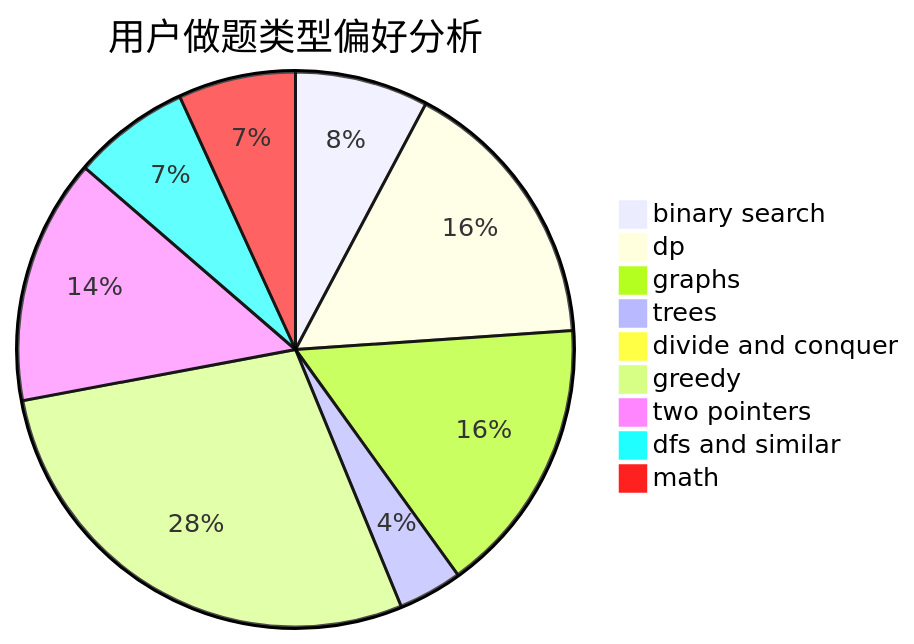
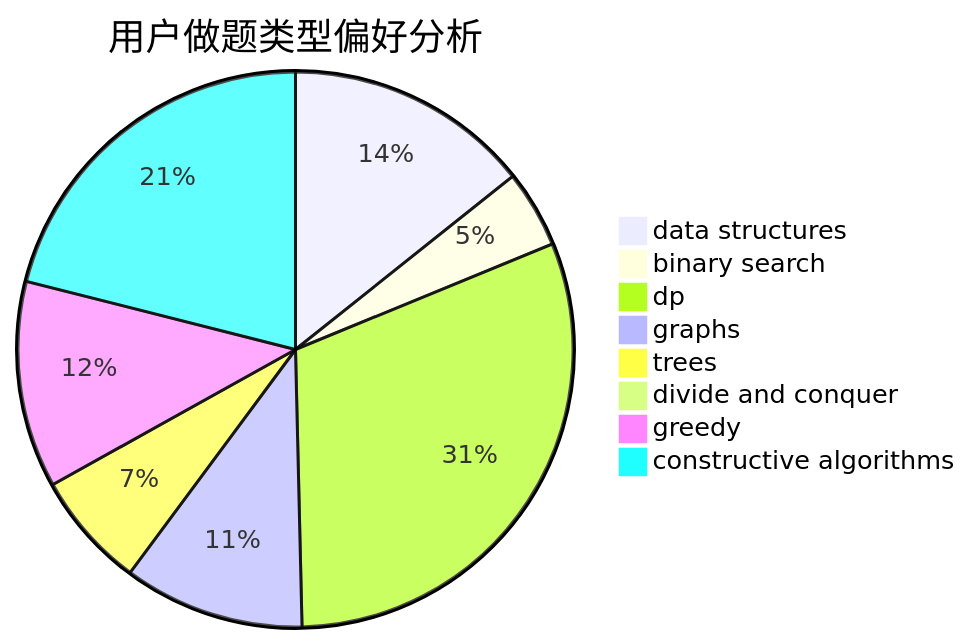
The second of 3 diagrams in docs/user/u2316.md (sherpahu/cfrs.github.io), drawn with Mermaid before and after one commit. The commit also changed other lines of this file and 2775 other files, not shown here.

````diff
--- a/docs/user/u2316.md
+++ b/docs/user/u2316.md
@@ -23,12 +23,11 @@
 ```mermaid
 pie title 用户做题类型偏好分析
-    "binary search" :  25
-    "dp" :  52
-    "graphs" :  52
-    "trees" :  12
+    "data structures" :  19
+    "binary search" :  6
+    "dp" :  41
+    "graphs" :  14
+    "trees" :  9
     "divide and conquer" :  0
-    "greedy" :  91
-    "two pointers" :  46
-    "dfs and similar" :  22
-    "math" :  22
+    "greedy" :  16
+    "constructive algorithms" :  28
 ```
````
